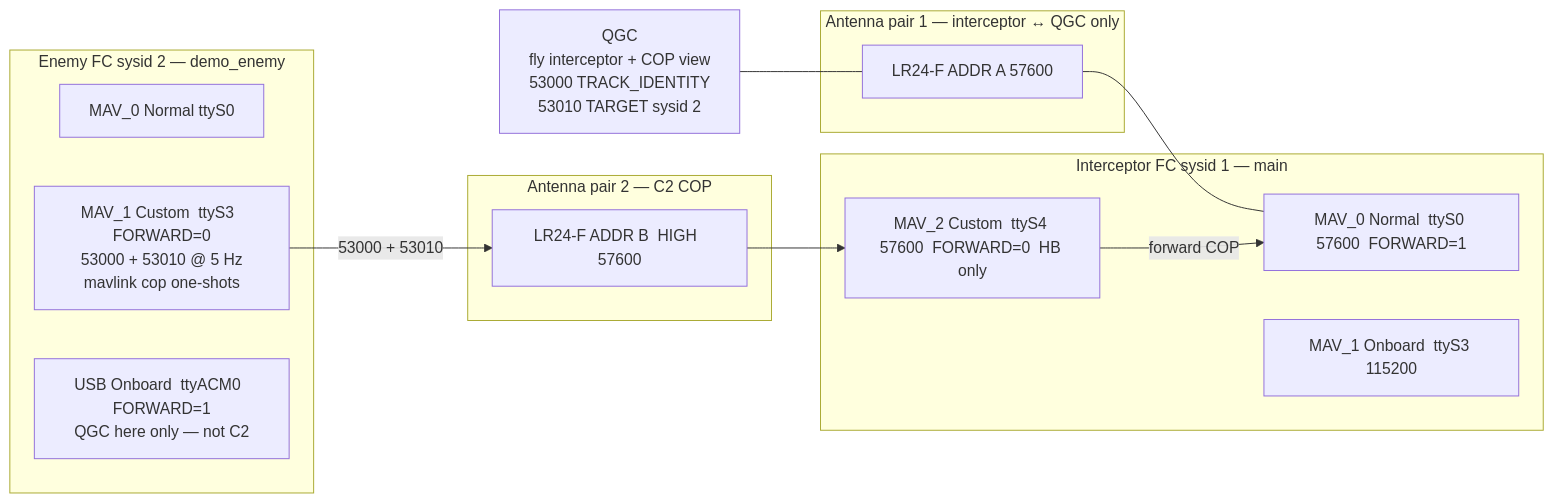
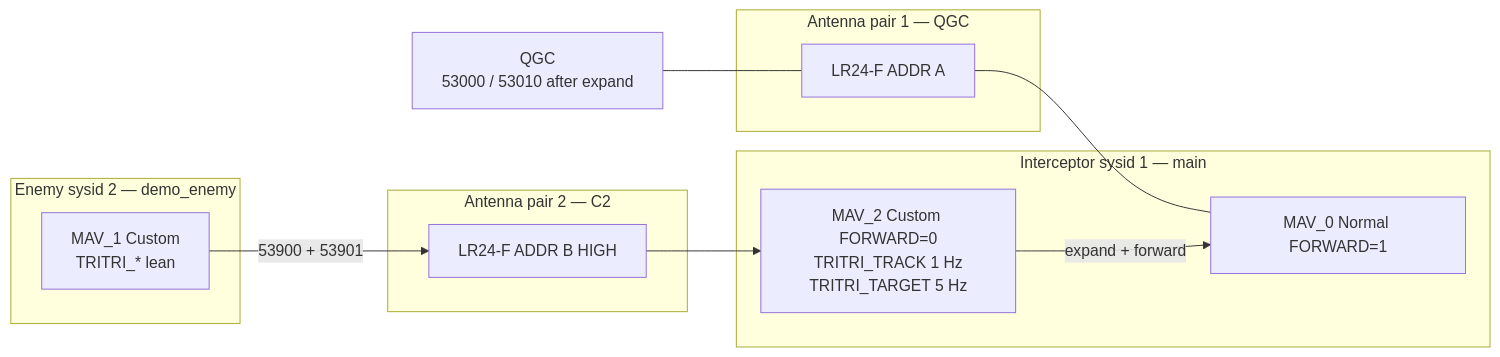
One commit to TheLukaDragar/PX4-Autopilot changed the first of 2 diagrams in interceptor_mavlink_m_example.md. Above: the diagram before and after it, drawn with Mermaid. The commit also changed other lines of this file, not shown here.

First line of the commit message:
fix(mavlink): always-forward PARTICIPANT_POSITION on C2

````diff
--- a/interceptor_mavlink_m_example.md
+++ b/interceptor_mavlink_m_example.md
@@ -23,28 +25,25 @@
 ```mermaid
 flowchart LR
-  QGC["QGC<br/>fly interceptor + COP view<br/>53000 TRACK_IDENTITY<br/>53010 TARGET  sysid 2"]
+  QGC["QGC<br/>53000 / 53010 after expand"]
 
-  subgraph qgcPair["Antenna pair 1 — interceptor ↔ QGC only"]
-    RQ["LR24-F ADDR A  57600"]
+  subgraph qgcPair["Antenna pair 1 — QGC"]
+    RQ["LR24-F ADDR A"]
   end
 
-  subgraph icept["Interceptor FC  sysid 1  — main"]
-    I0["MAV_0 Normal  ttyS0 57600  FORWARD=1"]
-    I1["MAV_1 Onboard  ttyS3 115200"]
-    I2["MAV_2 Custom  ttyS4 57600  FORWARD=0  HB only"]
+  subgraph icept["Interceptor sysid 1 — main"]
+    I0["MAV_0 Normal FORWARD=1"]
+    I2["MAV_2 Custom FORWARD=0<br/>TRITRI_TRACK 1 Hz<br/>TRITRI_TARGET 5 Hz"]
   end
 
-  subgraph c2Pair["Antenna pair 2 — C2 COP"]
-    RC["LR24-F ADDR B  HIGH  57600"]
+  subgraph c2Pair["Antenna pair 2 — C2"]
+    RC["LR24-F ADDR B HIGH"]
   end
 
-  subgraph enemy["Enemy FC  sysid 2  — demo_enemy"]
-    E0["MAV_0 Normal  ttyS0"]
-    E1["MAV_1 Custom  ttyS3  FORWARD=0<br/>53000 + 53010 @ 5 Hz<br/>mavlink cop one-shots"]
-    EU["USB Onboard  ttyACM0  FORWARD=1<br/>QGC here only — not C2"]
+  subgraph enemy["Enemy sysid 2 — demo_enemy"]
+    E1["MAV_1 Custom<br/>TRITRI_* lean"]
   end
 
   QGC --- RQ --- I0
-  E1 -->|"53000 + 53010"| RC --> I2
-  I2 -->|"forward COP"| I0
+  E1 -->|"53900 + 53901"| RC --> I2
+  I2 -->|"expand + forward"| I0
 ```
````
